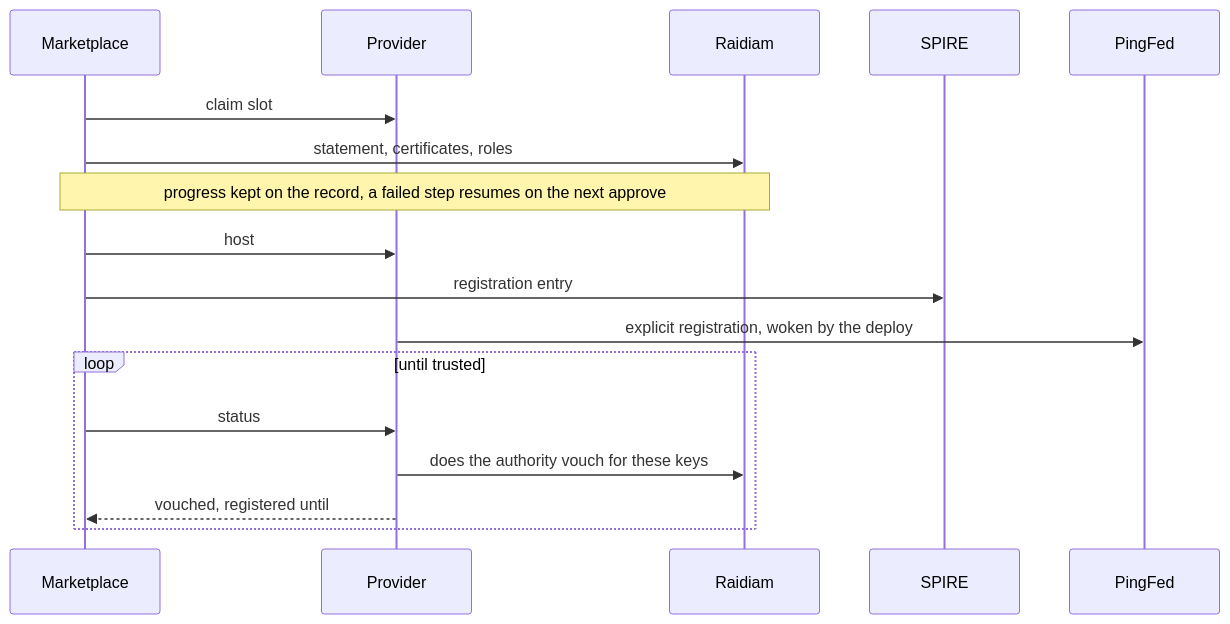
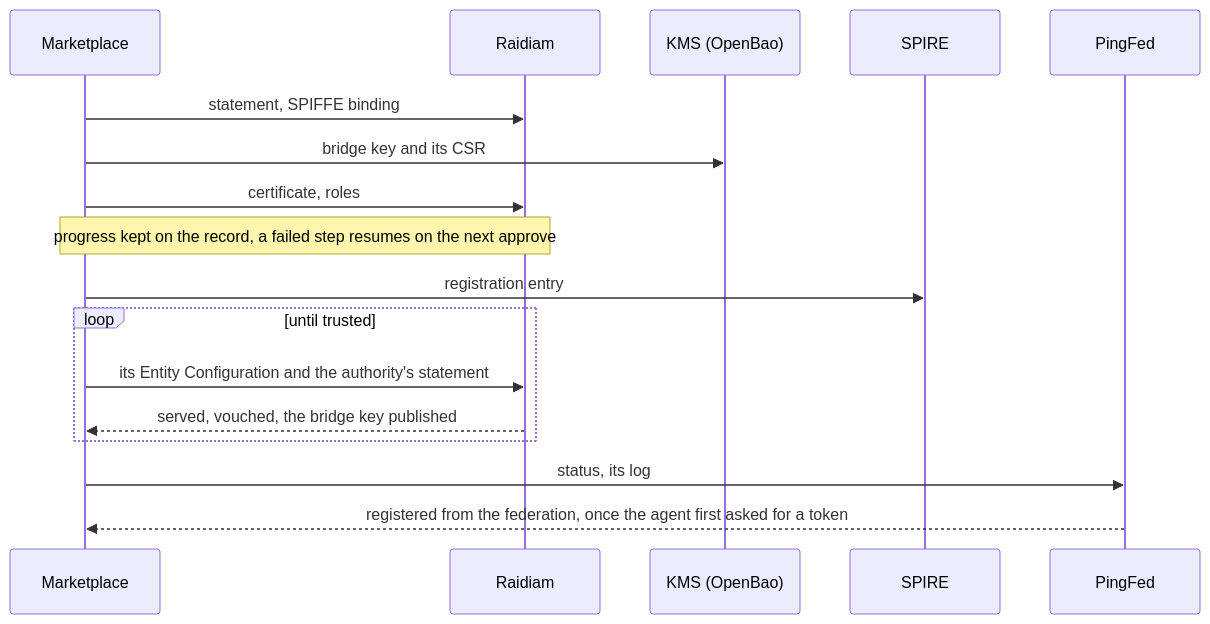
Before and after one commit to MC-IDPartners/pf-agentic-identity: the seventh of 21 diagrams in demo/flows.md, drawn with Mermaid. The commit also changed other lines of this file and 8 other files, not shown here.

First line of the commit message:
docs: the rig without an agent provider

````diff
--- a/demo/flows.md
+++ b/demo/flows.md
@@ -211,19 +218,19 @@
 ```mermaid
 sequenceDiagram
     participant MP as Marketplace
-    participant PR as Provider
     participant RD as Raidiam
+    participant KMS as KMS (OpenBao)
     participant SP as SPIRE
     participant PF as PingFed
-    MP->>PR: claim slot
-    MP->>RD: statement, certificates, roles
+    MP->>RD: statement, SPIFFE binding
+    MP->>KMS: bridge key and its CSR
+    MP->>RD: certificate, roles
     Note over MP,RD: progress kept on the record, a failed step resumes on the next approve
-    MP->>PR: host
     MP->>SP: registration entry
-    PR->>PF: explicit registration, woken by the deploy
     loop until trusted
-        MP->>PR: status
-        PR->>RD: does the authority vouch for these keys
-        PR-->>MP: vouched, registered until
+        MP->>RD: its Entity Configuration and the authority's statement
+        RD-->>MP: served, vouched, the bridge key published
     end
+    MP->>PF: status, its log
+    PF-->>MP: registered from the federation, once the agent first asked for a token
 ```
````
